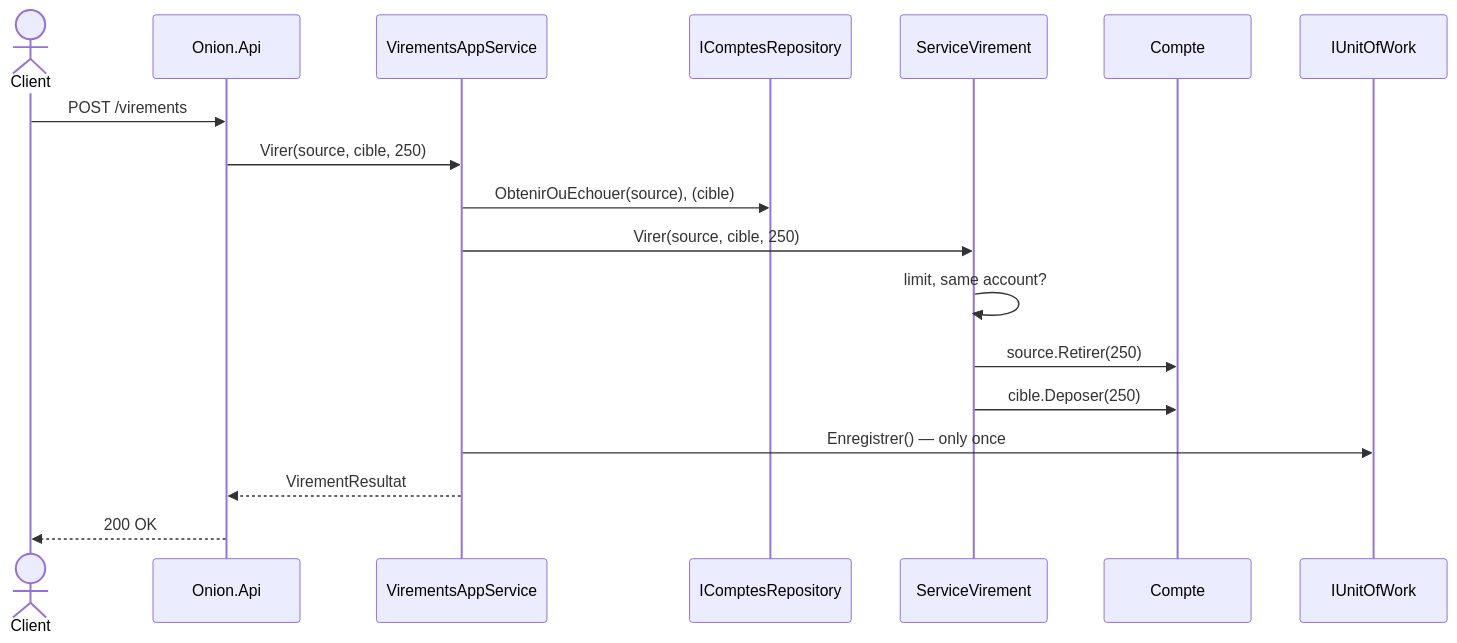
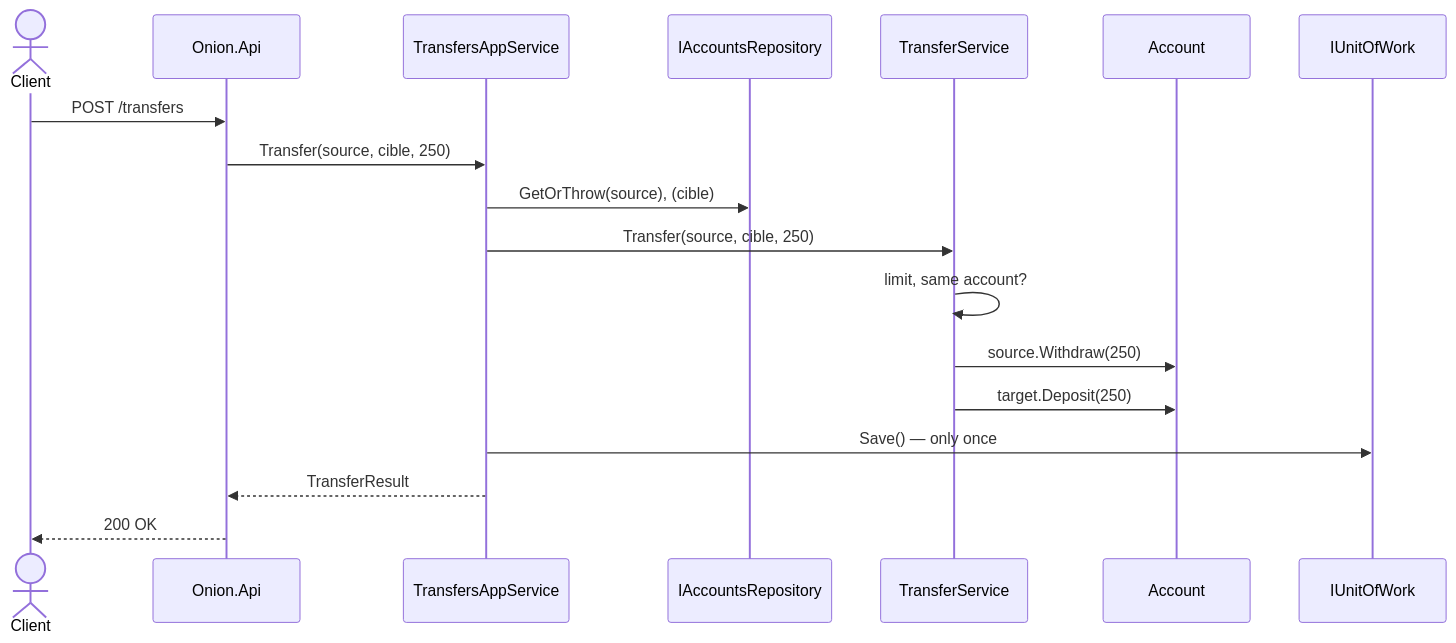
One commit to drangoht/ArchitecturesDemo changed the third of 3 diagrams in Docs/en/02-onion.md. Above: the diagram before and after it, drawn with Mermaid. The commit also changed other lines of this file and 78 other files, not shown here.

First line of the commit message:
Docs EN : identifiants, liens, diagrammes et sorties alignés sur le code anglais

````diff
--- a/Docs/en/02-onion.md
+++ b/Docs/en/02-onion.md
@@ -179,20 +179,20 @@
 ```mermaid
 sequenceDiagram
     actor Client
     participant API as Onion.Api
-    participant AS as VirementsAppService
-    participant R as IComptesRepository
-    participant SV as ServiceVirement
-    participant C as Compte
+    participant AS as TransfersAppService
+    participant R as IAccountsRepository
+    participant SV as TransferService
+    participant C as Account
     participant U as IUnitOfWork
-    Client->>API: POST /virements
-    API->>AS: Virer(source, cible, 250)
-    AS->>R: ObtenirOuEchouer(source), (cible)
-    AS->>SV: Virer(source, cible, 250)
+    Client->>API: POST /transfers
+    API->>AS: Transfer(source, cible, 250)
+    AS->>R: GetOrThrow(source), (cible)
+    AS->>SV: Transfer(source, cible, 250)
     SV->>SV: limit, same account?
-    SV->>C: source.Retirer(250)
-    SV->>C: cible.Deposer(250)
-    AS->>U: Enregistrer() — only once
-    AS-->>API: VirementResultat
+    SV->>C: source.Withdraw(250)
+    SV->>C: target.Deposit(250)
+    AS->>U: Save() — only once
+    AS-->>API: TransferResult
     API-->>Client: 200 OK
 ```
````
